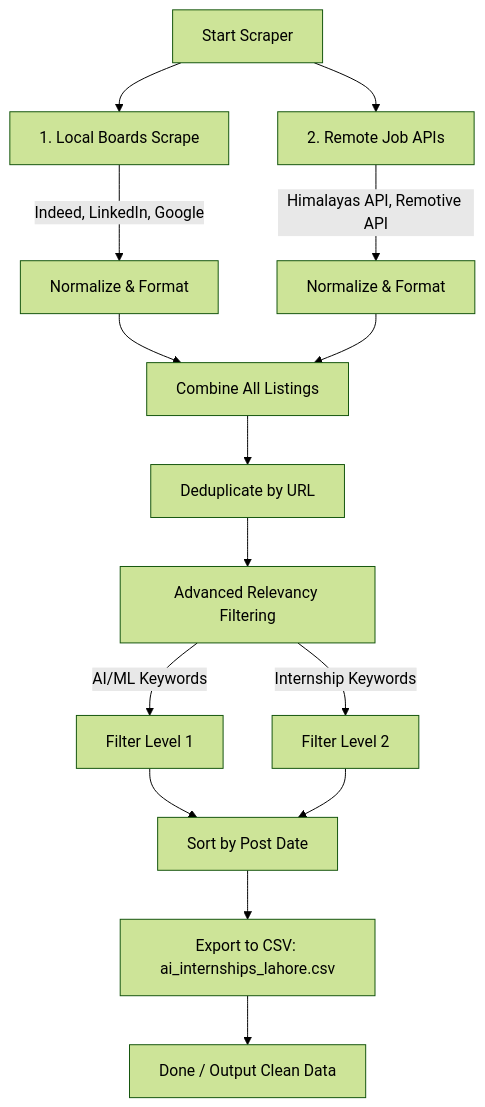
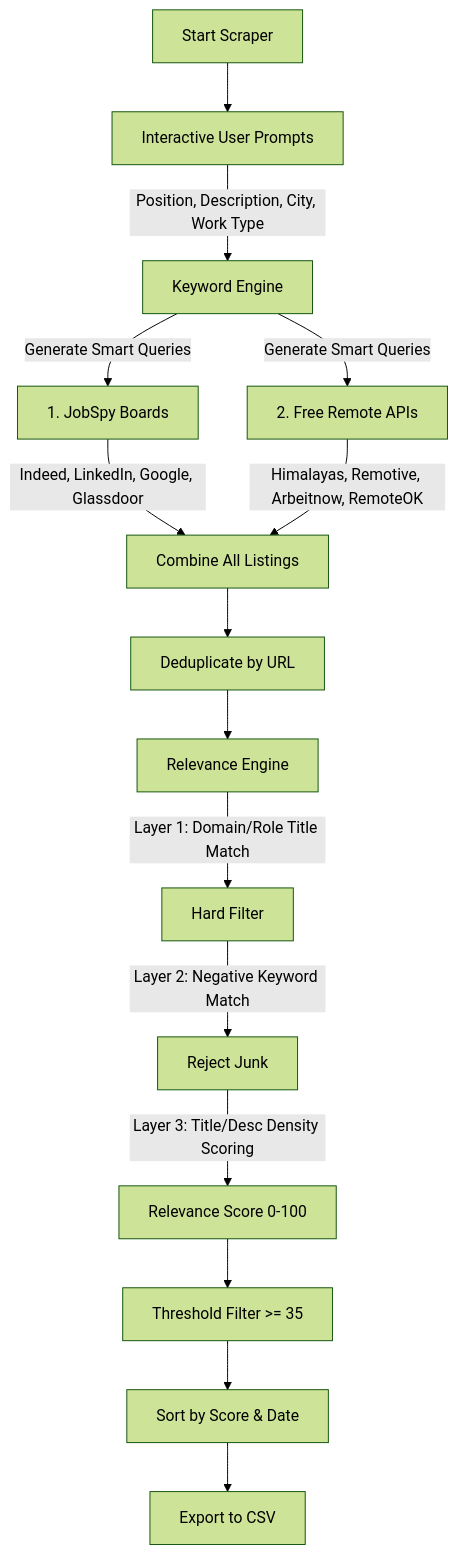
One commit to heyhusn/job-scraper changed the diagram in README.md. Above: the diagram before and after it, drawn with Mermaid (forest theme). The commit also changed other lines of this file and 7 other files, not shown here.

````diff
--- a/README.md
+++ b/README.md
@@ -16,20 +16,22 @@
 ```mermaid
 graph TD
-    A[Start Scraper] --> B[1. Local Boards Scrape]
-    A --> C[2. Remote Job APIs]
+    A[Start Scraper] --> B[Interactive User Prompts]
+    B -->|Position, Description, City, Work Type| C[Keyword Engine]
     
-    B -->|Indeed, LinkedIn, Google| D[Normalize & Format]
-    C -->|Himalayas API, Remotive API| E[Normalize & Format]
+    C -->|Generate Smart Queries| D[1. JobSpy Boards]
+    C -->|Generate Smart Queries| E[2. Free Remote APIs]
     
-    D --> F[Combine All Listings]
-    E --> F
+    D -->|Indeed, LinkedIn, Google, Glassdoor| F[Combine All Listings]
+    E -->|Himalayas, Remotive, Arbeitnow, RemoteOK| F
     
     F --> G[Deduplicate by URL]
-    G --> H[Advanced Relevancy Filtering]
-    H -->|AI/ML Keywords| I[Filter Level 1]
-    H -->|Internship Keywords| J[Filter Level 2]
+    G --> H[Relevance Engine]
     
-    I & J --> K[Sort by Post Date]
-    K --> L[Export to CSV: ai_internships_lahore.csv]
-    L --> M[Done / Output Clean Data]
+    H -->|Layer 1: Domain/Role Title Match| I[Hard Filter]
+    I -->|Layer 2: Negative Keyword Match| J[Reject Junk]
+    J -->|Layer 3: Title/Desc Density Scoring| K[Relevance Score 0-100]
+    
+    K --> L[Threshold Filter >= 35]
+    L --> M[Sort by Score & Date]
+    M --> N[Export to CSV]
 ```
````
